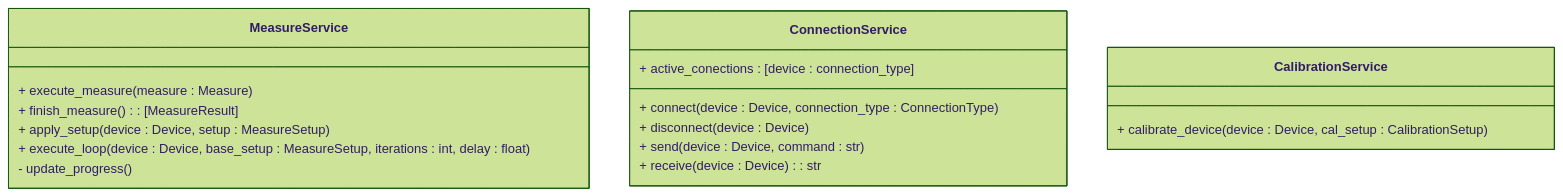
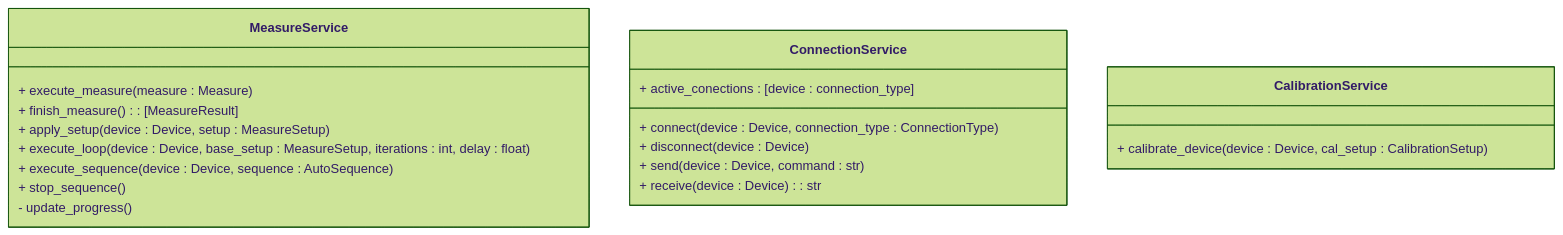
The eighth of 15 diagrams in Gmini-MarkDown/Diagramas/Diagramas de Clases.md (alegrelias/Repo-GMini), drawn with Mermaid (forest theme) before and after one commit. The commit also changed other lines of this file and 1 other file, not shown here.

Commit message:
Agregue una copia antigua del el diagrama de clases y modifique el nuevo segun los cambios correspondientes

````diff
--- a/Gmini-MarkDown/Diagramas/Diagramas de Clases.md
+++ b/Gmini-MarkDown/Diagramas/Diagramas de Clases.md
@@ -722,23 +772,25 @@
 ```mermaid
 classDiagram
 %% mediciones y conexion
 class MeasureService{
 	+ execute_measure(measure : Measure)
 	+ finish_measure() : [MeasureResult]
 	+ apply_setup(device : Device, setup : MeasureSetup)
 	+ execute_loop(device : Device, base_setup : MeasureSetup, iterations : int, delay : float)
+	+ execute_sequence(device : Device, sequence : AutoSequence)
+	+ stop_sequence()
 	- update_progress()
 }
 
 class ConnectionService{
 	+ active_conections : [device : connection_type]
 	+ connect(device : Device, connection_type : ConnectionType)
 	+ disconnect(device : Device)
 	+ send(device : Device, command : str)
 	+ receive(device : Device) : str
 }
 
 class CalibrationService{
 	+ calibrate_device(device : Device, cal_setup : CalibrationSetup)
 }
 ```
````
